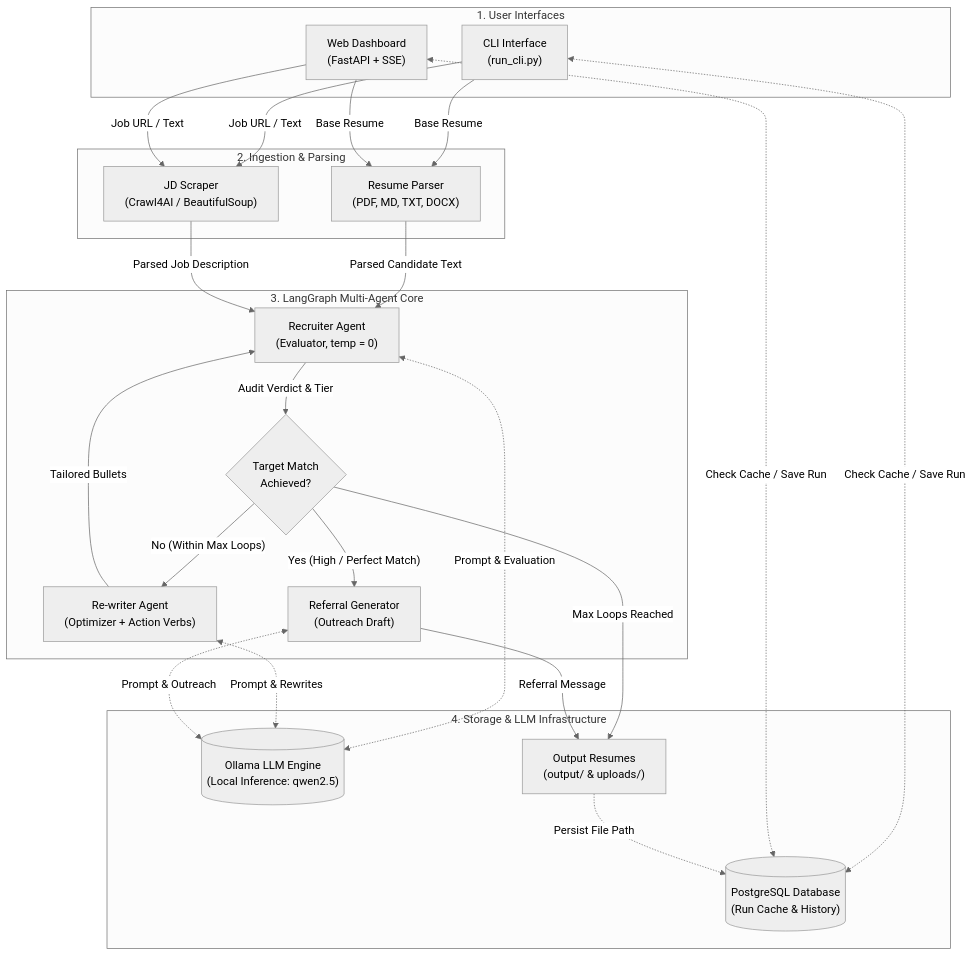
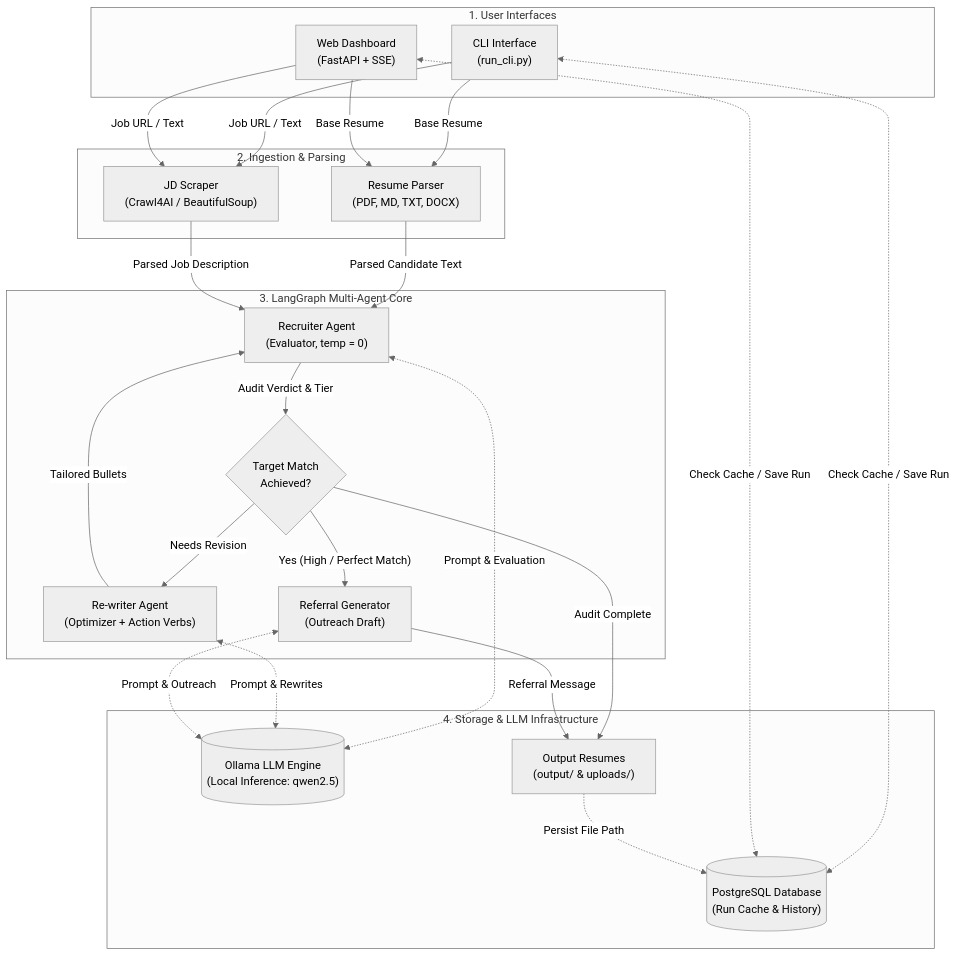
The diagram in README.md (tintin-newb/resume-rewriter), drawn with Mermaid (neutral theme) before and after one commit. The commit also changed other lines of this file and 14 other files, not shown here.

````diff
--- a/README.md
+++ b/README.md
@@ -23,57 +23,57 @@
 ```mermaid
 flowchart TD
     %% User Interfaces / Clients
     subgraph Clients["1. User Interfaces"]
         CLI["CLI Interface<br/>(run_cli.py)"]
         WEB["Web Dashboard<br/>(FastAPI + SSE)"]
     end
 
     %% Ingestion Layer
     subgraph Ingestion["2. Ingestion & Parsing"]
         RP["Resume Parser<br/>(PDF, MD, TXT, DOCX)"]
         JDS["JD Scraper<br/>(Crawl4AI / BeautifulSoup)"]
     end
 
     %% Core Multi-Agent Orchestration
     subgraph Agents["3. LangGraph Multi-Agent Core"]
         REC["Recruiter Agent<br/>(Evaluator, temp = 0)"]
         DEC{"Target Match<br/>Achieved?"}
         REW["Re-writer Agent<br/>(Optimizer + Action Verbs)"]
         REF["Referral Generator<br/>(Outreach Draft)"]
     end
 
     %% Storage & External Infrastructure
     subgraph Storage["4. Storage & LLM Infrastructure"]
         OLLAMA[("Ollama LLM Engine<br/>(Local Inference: qwen2.5)")]
         DB[("PostgreSQL Database<br/>(Run Cache & History)")]
         OUT["Output Resumes<br/>(output/ & uploads/)"]
     end
 
     %% Client communication
     CLI -->|"Base Resume"| RP
     CLI -->|"Job URL / Text"| JDS
     WEB -->|"Base Resume"| RP
     WEB -->|"Job URL / Text"| JDS
     CLI <-.->|"Check Cache / Save Run"| DB
     WEB <-.->|"Check Cache / Save Run"| DB
 
     %% Ingestion to Agents
     RP -->|"Parsed Candidate Text"| REC
     JDS -->|"Parsed Job Description"| REC
 
     %% Evaluator-Optimizer Feedback Loop
     REC -->|"Audit Verdict & Tier"| DEC
-    DEC -->|"No (Within Max Loops)"| REW
+    DEC -->|"Needs Revision"| REW
     REW -->|"Tailored Bullets"| REC
 
     %% Workflow Completion
     DEC -->|"Yes (High / Perfect Match)"| REF
-    DEC -->|"Max Loops Reached"| OUT
+    DEC -->|"Audit Complete"| OUT
     REF -->|"Referral Message"| OUT
     OUT -.->|"Persist File Path"| DB
 
     %% LLM Invocations
     REC <-.->|"Prompt & Evaluation"| OLLAMA
     REW <-.->|"Prompt & Rewrites"| OLLAMA
     REF <-.->|"Prompt & Outreach"| OLLAMA
 ```
````
